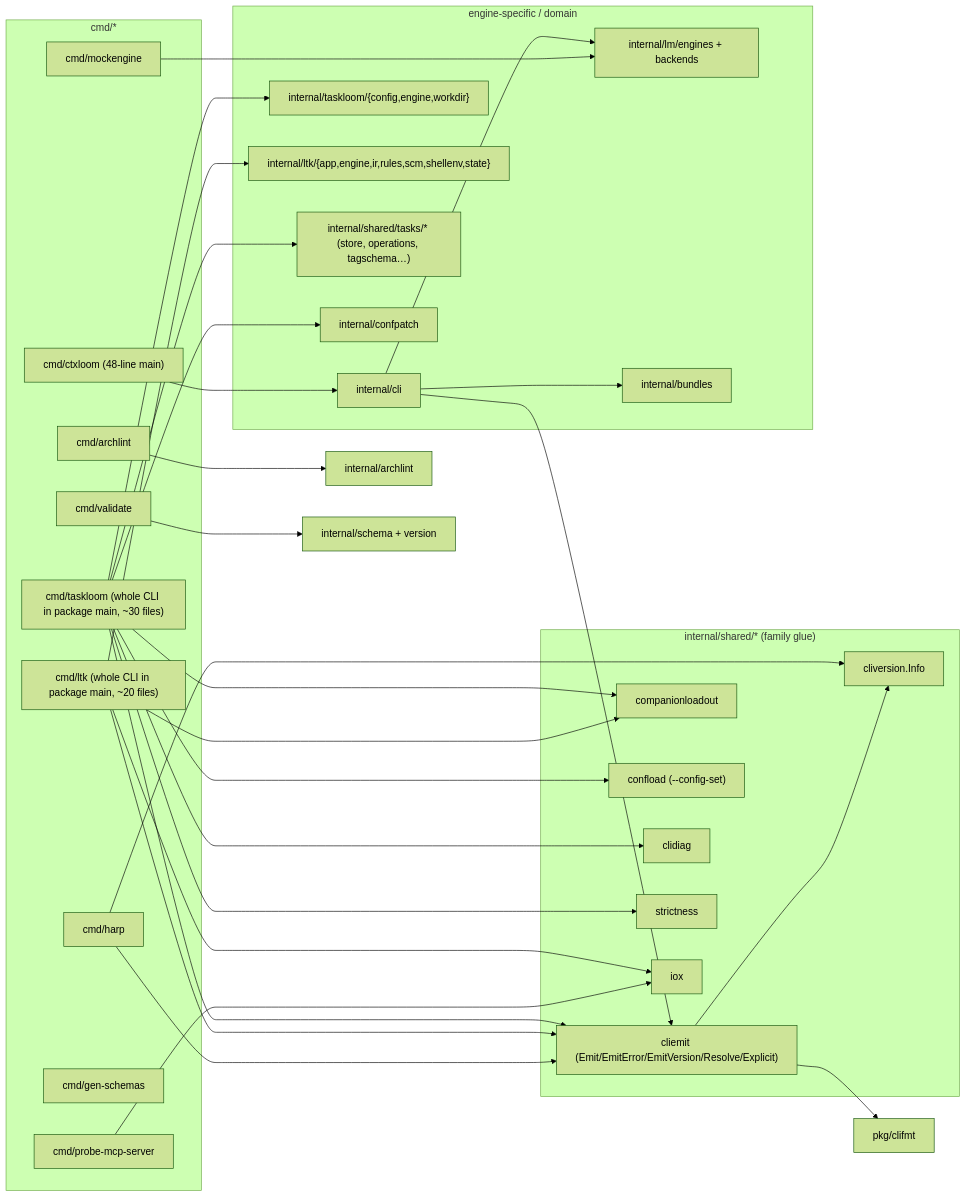
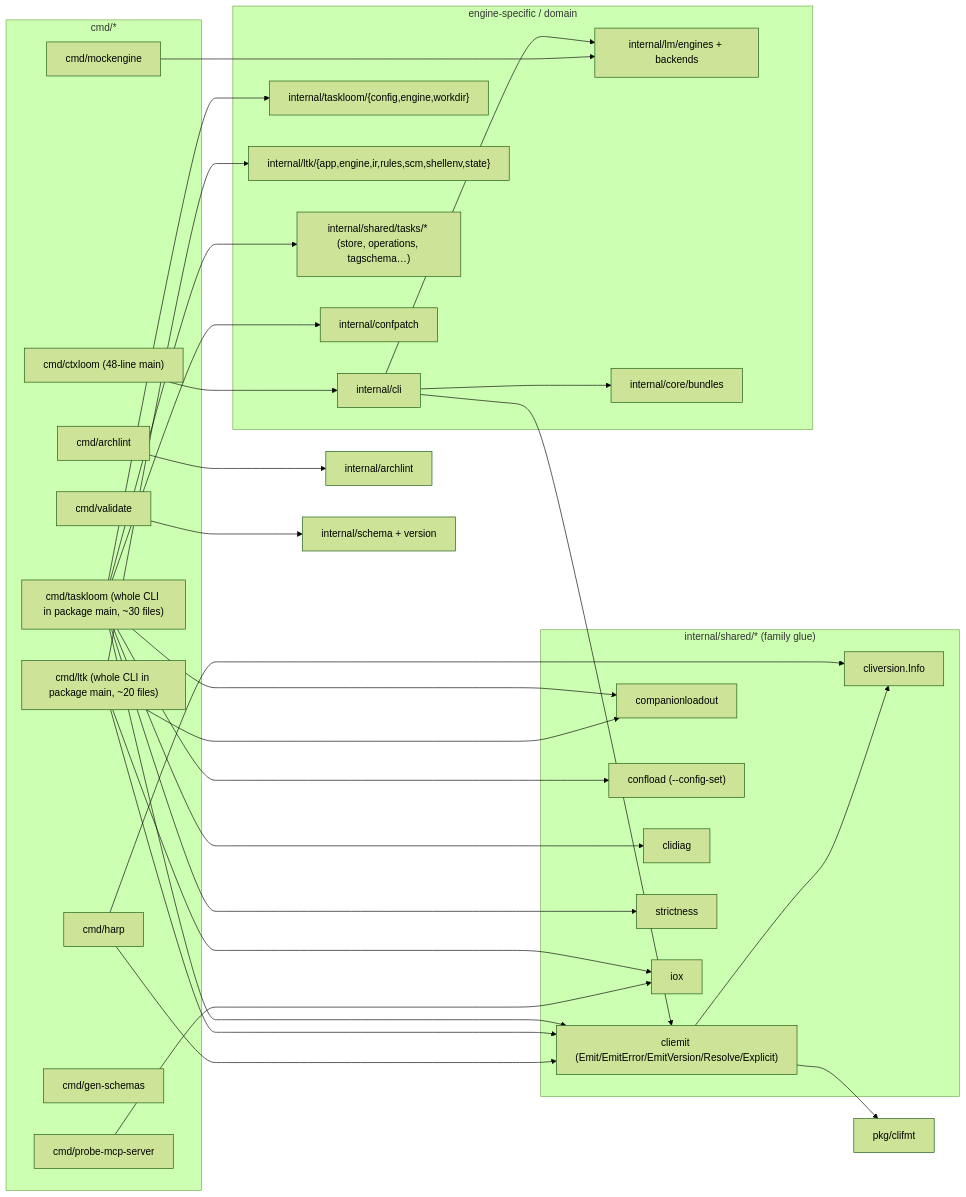
One commit to ctxloom/ctxloom changed the seventh of 10 diagrams in docs/architecture/audit-2026-09-18/06-cli-operations.md. Above: the diagram before and after it, drawn with Mermaid (forest theme). The commit also changed other lines of this file and 1836 other files, not shown here.

First line of the commit message:
refactor(arch): move the core ring into internal/core

````diff
--- a/docs/architecture/audit-2026-09-18/06-cli-operations.md
+++ b/docs/architecture/audit-2026-09-18/06-cli-operations.md
@@ -431,58 +431,58 @@
 ```mermaid
 flowchart LR
   subgraph bins["cmd/*"]
     CTX["cmd/ctxloom (48-line main)"]
     TL["cmd/taskloom (whole CLI in package main, ~30 files)"]
     LTK["cmd/ltk (whole CLI in package main, ~20 files)"]
     HARP["cmd/harp"]
     ARCH["cmd/archlint"]
     MOCK["cmd/mockengine"]
     PROBE["cmd/probe-mcp-server"]
     GENS["cmd/gen-schemas"]
     VAL["cmd/validate"]
   end
   subgraph sharedp["internal/shared/* (family glue)"]
     CE["cliemit (Emit/EmitError/EmitVersion/Resolve/Explicit)"]
     CV["cliversion.Info"]
     CLOAD["companionloadout"]
     CONFL["confload (--config-set)"]
     CD["clidiag"]
     STR["strictness"]
     IOX["iox"]
   end
   subgraph libs["engine-specific / domain"]
     CLI["internal/cli"]
     TLE["internal/taskloom/{config,engine,workdir}"]
     LTKE["internal/ltk/{app,engine,ir,rules,scm,shellenv,state}"]
     TASKS["internal/shared/tasks/* (store, operations, tagschema…)"]
     ENG["internal/lm/engines + backends"]
-    BUND["internal/bundles"]
+    BUND["internal/core/bundles"]
     CONFP["internal/confpatch"]
   end
   CLIFMT["pkg/clifmt"]
 
   CTX --> CLI
   CLI --> ENG
   CLI --> BUND
   CLI --> CE
   TL --> CE
   TL --> CLOAD
   TL --> CONFL
   TL --> CD
   TL --> STR
   TL --> TLE
   TL --> TASKS
   TL --> CONFP
   LTK --> CE
   LTK --> CLOAD
   LTK --> LTKE
   LTK --> IOX
   HARP --> CE
   HARP --> CV
   MOCK --> ENG
   CE --> CLIFMT
   CE --> CV
   ARCH --> ARCHL["internal/archlint"]
   VAL --> SCH["internal/schema + version"]
   PROBE --> IOX
 ```
````
